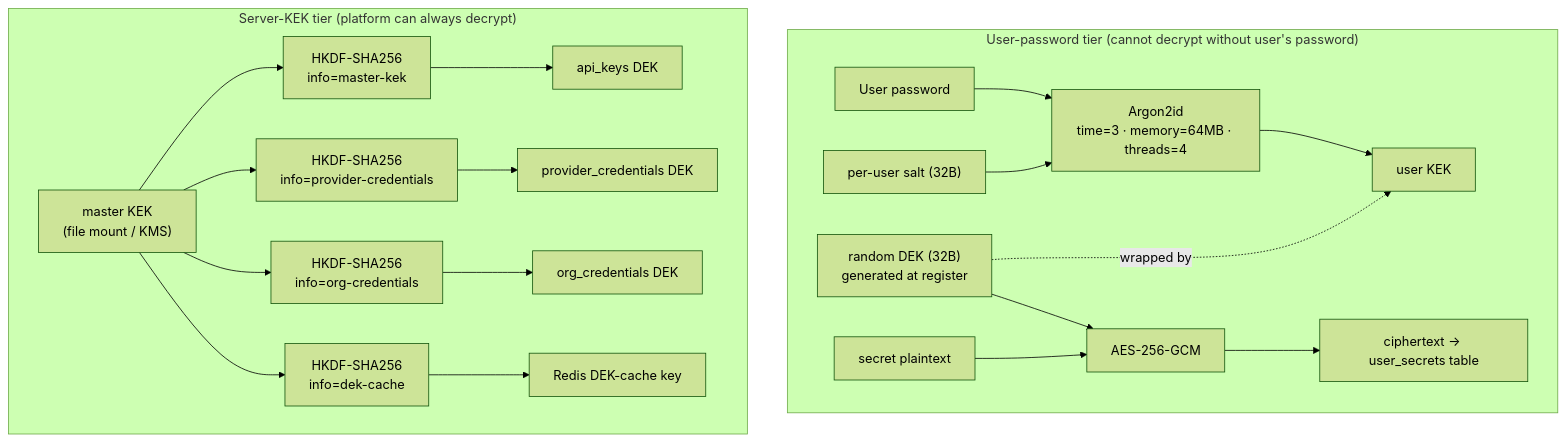
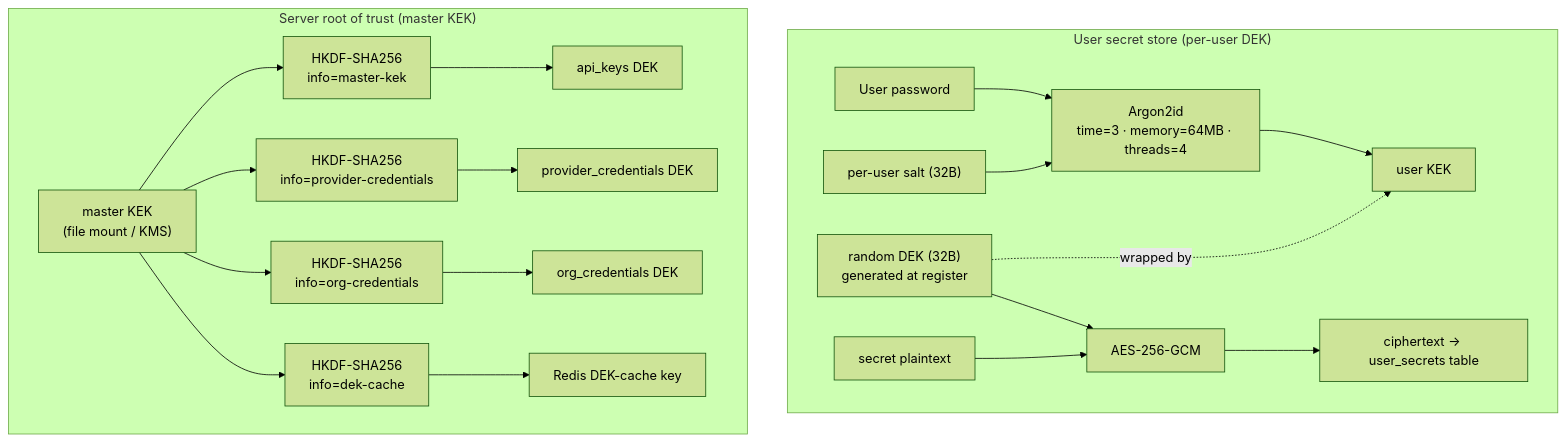
Before and after one commit to lenaxia/LLMSafeSpaces: the first of 2 diagrams in docs/architecture/secrets.md, drawn with Mermaid (forest theme). The commit also changed other lines of this file and 2 other files, not shown here.

````diff
--- a/docs/architecture/secrets.md
+++ b/docs/architecture/secrets.md
@@ -12,22 +12,22 @@
 ```mermaid
 flowchart TD
-    subgraph User["User-password tier (cannot decrypt without user's password)"]
+    subgraph User["User secret store (per-user DEK)"]
         UP["User password"] --> ARG["Argon2id<br/>time=3 · memory=64MB · threads=4"]
         SALT["per-user salt (32B)"] --> ARG
         ARG --> UKEK["user KEK"]
         UDEK["random DEK (32B)<br/>generated at register"] -. wrapped by .-> UKEK
         UDEK --> GCM["AES-256-GCM"]
         PLAIN["secret plaintext"] --> GCM
         GCM --> CT["ciphertext → user_secrets table"]
     end
-    subgraph Server["Server-KEK tier (platform can always decrypt)"]
+    subgraph Server["Server root of trust (master KEK)"]
         MKEK["master KEK<br/>(file mount / KMS)"] --> HKDF1["HKDF-SHA256<br/>info=master-kek"]
         HKDF1 --> AKEK["api_keys DEK"]
         MKEK --> HKDF2["HKDF-SHA256<br/>info=provider-credentials"]
         HKDF2 --> PKEK["provider_credentials DEK"]
         MKEK --> HKDF3["HKDF-SHA256<br/>info=org-credentials"]
         HKDF3 --> OKEK["org_credentials DEK"]
         MKEK --> HKDF4["HKDF-SHA256<br/>info=dek-cache"]
         HKDF4 --> DKEK["Redis DEK-cache key"]
     end
 ```
````
